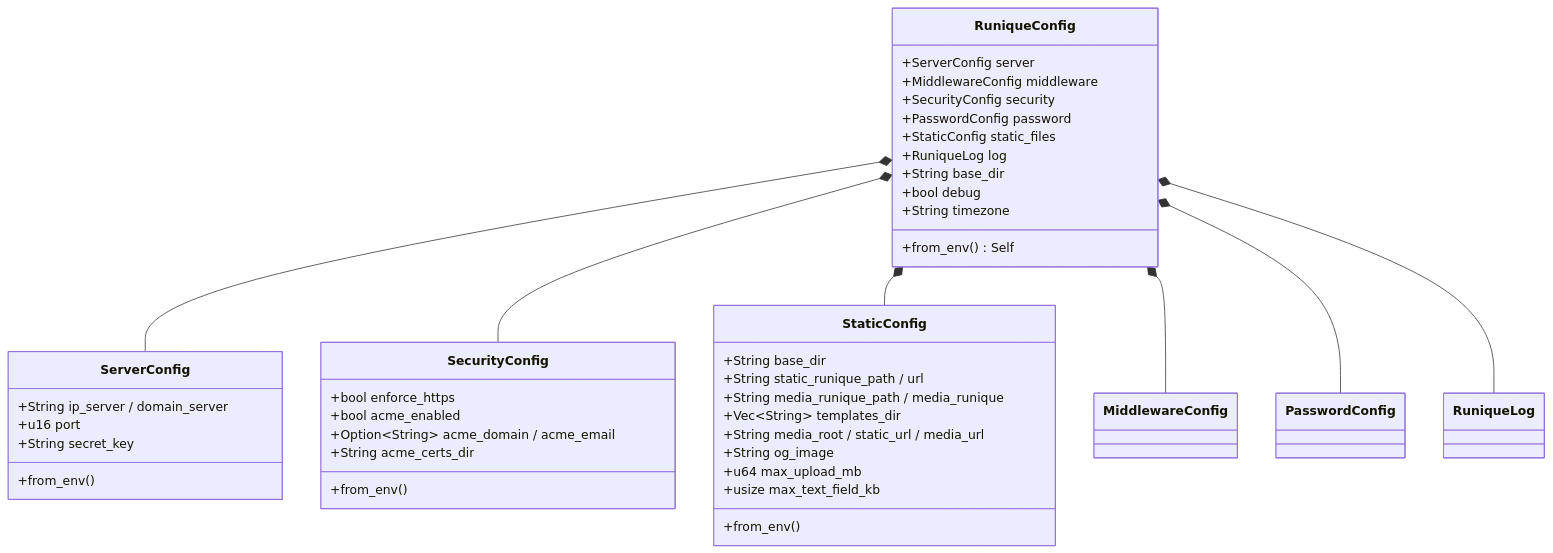
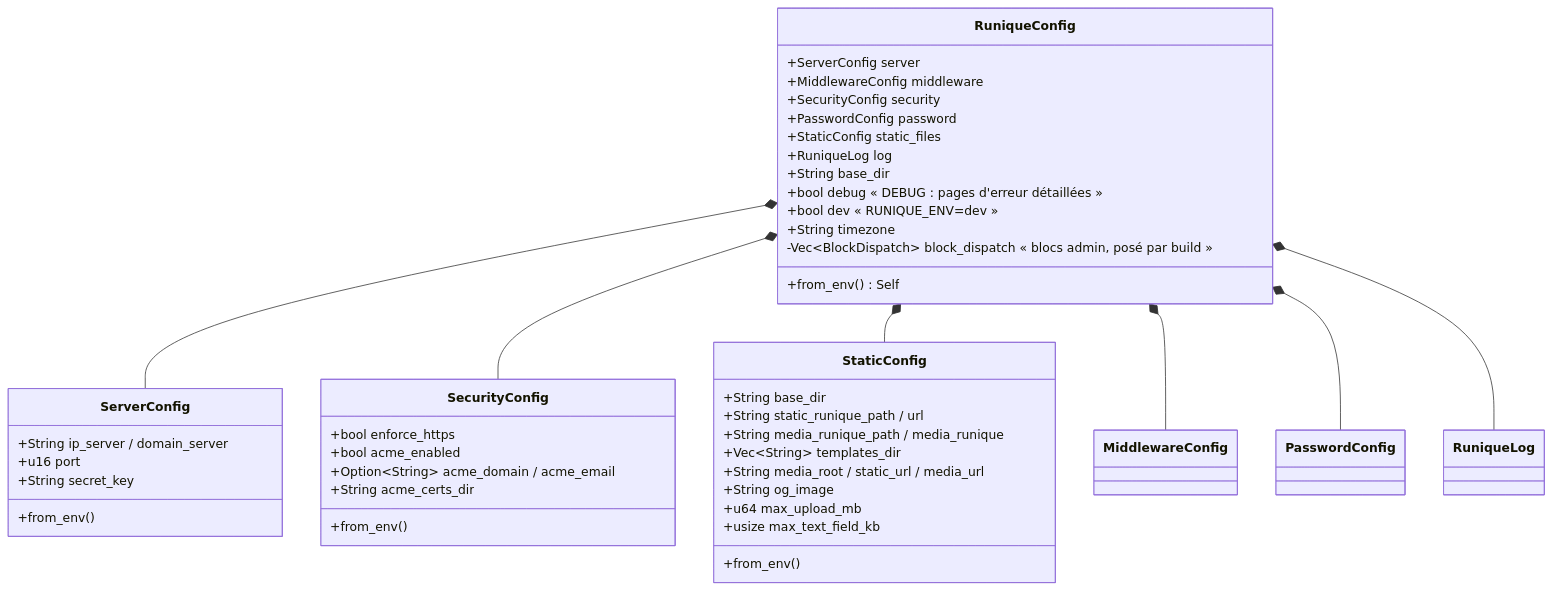
One commit to seb-alliot/runique changed the first of 2 diagrams in diagramme/uml/config/configuration.md. Above: the diagram before and after it, drawn with Mermaid. The commit also changed 57 other files, not shown here.

Commit message:
fix few bug && diagramme

````diff
--- a/diagramme/uml/config/configuration.md
+++ b/diagramme/uml/config/configuration.md
@@ -7,45 +7,47 @@
 ```mermaid
 classDiagram
     class RuniqueConfig {
         +ServerConfig server
         +MiddlewareConfig middleware
         +SecurityConfig security
         +PasswordConfig password
         +StaticConfig static_files
         +RuniqueLog log
         +String base_dir
-        +bool debug
+        +bool debug  « DEBUG : pages d'erreur détaillées »
+        +bool dev    « RUNIQUE_ENV=dev »
         +String timezone
+        -Vec~BlockDispatch~ block_dispatch  « blocs admin, posé par build »
         +from_env() Self
     }
     class ServerConfig {
         +String ip_server / domain_server
         +u16 port
         +String secret_key
         +from_env()
     }
     class SecurityConfig {
         +bool enforce_https
         +bool acme_enabled
         +Option~String~ acme_domain / acme_email
         +String acme_certs_dir
         +from_env()
     }
     class StaticConfig {
         +String base_dir
         +String static_runique_path / url
         +String media_runique_path / media_runique
         +Vec~String~ templates_dir
         +String media_root / static_url / media_url
         +String og_image
         +u64 max_upload_mb
         +usize max_text_field_kb
         +from_env()
     }
     RuniqueConfig *-- ServerConfig
     RuniqueConfig *-- SecurityConfig
     RuniqueConfig *-- StaticConfig
     RuniqueConfig *-- MiddlewareConfig
     RuniqueConfig *-- PasswordConfig
     RuniqueConfig *-- RuniqueLog
 ```
````
